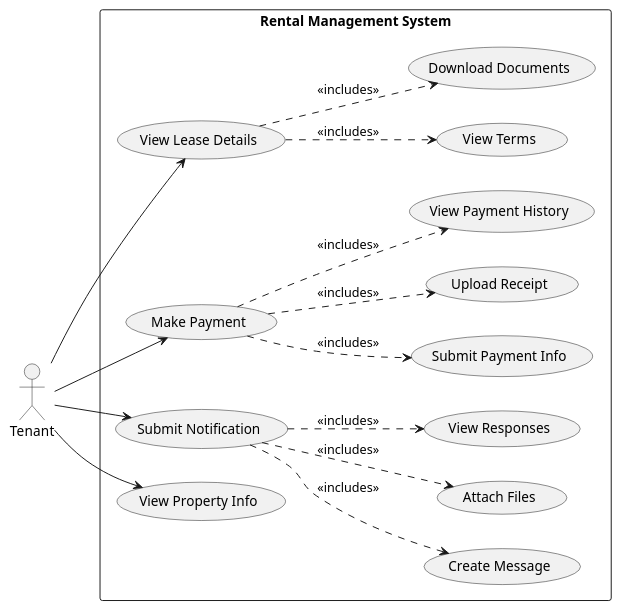
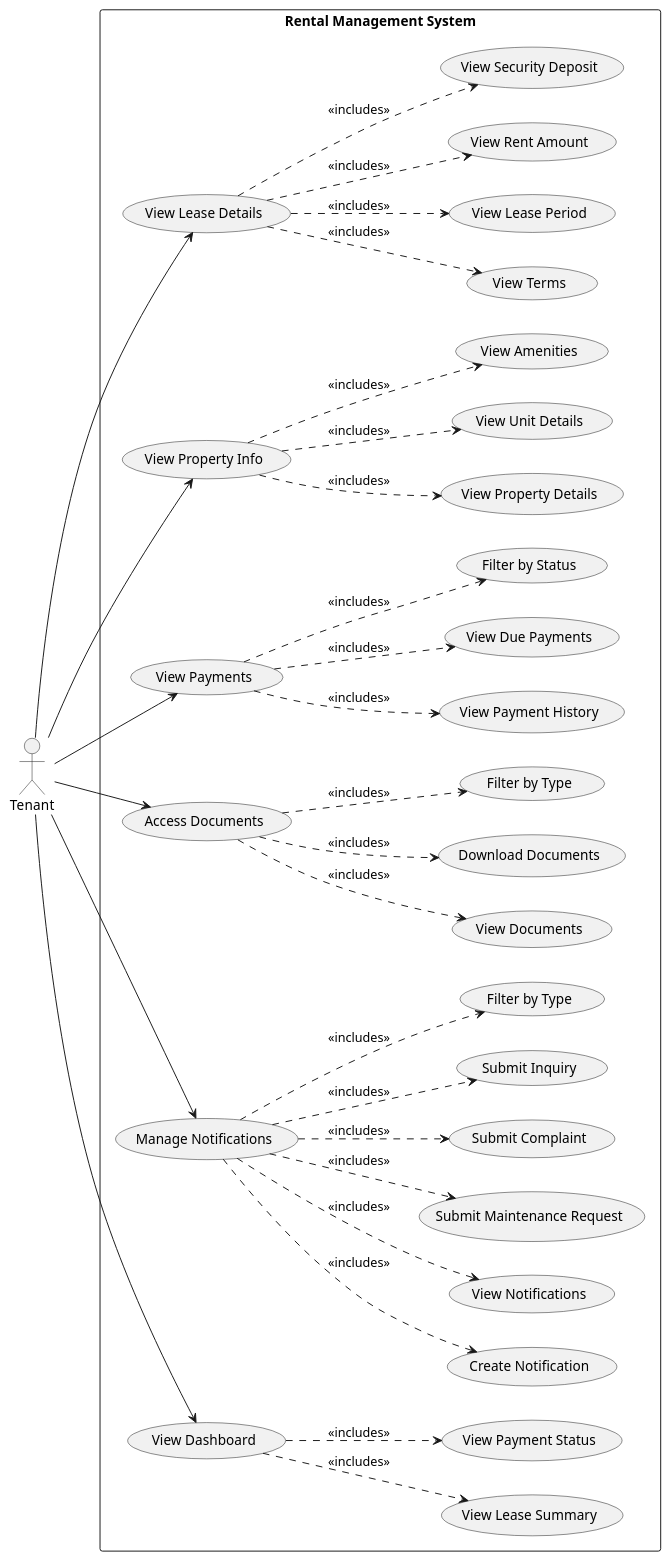
One commit to EliwahidMdee/software_project changed the diagram in diagrams/figure5_tenant_use_cases.puml. Above: the diagram before and after it, drawn with PlantUML. The commit also changed 3 other files, not shown here.

Commit message:
Update SRS diagrams to reflect all implemented frontend pages

```diff
--- a/diagrams/figure5_tenant_use_cases.puml
+++ b/diagrams/figure5_tenant_use_cases.puml
@@ -1,42 +1,77 @@
 @startuml
 ' Figure 5 - Tenant Use Cases
 
 left to right direction
 
 actor "Tenant" as Tenant
 
 rectangle "Rental Management System" {
     usecase "View Lease Details" as UC1
     usecase "View Terms" as UC1a
-    usecase "Download Documents" as UC1b
+    usecase "View Lease Period" as UC1b
+    usecase "View Rent Amount" as UC1c
+    usecase "View Security Deposit" as UC1d
     
-    usecase "Make Payment" as UC2
-    usecase "Submit Payment Info" as UC2a
-    usecase "Upload Receipt" as UC2b
-    usecase "View Payment History" as UC2c
+    usecase "View Property Info" as UC2
+    usecase "View Property Details" as UC2a
+    usecase "View Unit Details" as UC2b
+    usecase "View Amenities" as UC2c
     
-    usecase "Submit Notification" as UC3
-    usecase "Create Message" as UC3a
-    usecase "Attach Files" as UC3b
-    usecase "View Responses" as UC3c
+    usecase "View Payments" as UC3
+    usecase "View Payment History" as UC3a
+    usecase "View Due Payments" as UC3b
+    usecase "Filter by Status" as UC3c
     
-    usecase "View Property Info" as UC4
+    usecase "Access Documents" as UC4
+    usecase "View Documents" as UC4a
+    usecase "Download Documents" as UC4b
+    usecase "Filter by Type" as UC4c
+    
+    usecase "Manage Notifications" as UC5
+    usecase "Create Notification" as UC5a
+    usecase "View Notifications" as UC5b
+    usecase "Submit Maintenance Request" as UC5c
+    usecase "Submit Complaint" as UC5d
+    usecase "Submit Inquiry" as UC5e
+    usecase "Filter by Type" as UC5f
+    
+    usecase "View Dashboard" as UC6
+    usecase "View Lease Summary" as UC6a
+    usecase "View Payment Status" as UC6b
 }
 
 Tenant --> UC1
 Tenant --> UC2
 Tenant --> UC3
 Tenant --> UC4
+Tenant --> UC5
+Tenant --> UC6
 
 UC1 ..> UC1a : <<includes>>
 UC1 ..> UC1b : <<includes>>
+UC1 ..> UC1c : <<includes>>
+UC1 ..> UC1d : <<includes>>
 
 UC2 ..> UC2a : <<includes>>
 UC2 ..> UC2b : <<includes>>
 UC2 ..> UC2c : <<includes>>
 
 UC3 ..> UC3a : <<includes>>
 UC3 ..> UC3b : <<includes>>
 UC3 ..> UC3c : <<includes>>
 
+UC4 ..> UC4a : <<includes>>
+UC4 ..> UC4b : <<includes>>
+UC4 ..> UC4c : <<includes>>
+
+UC5 ..> UC5a : <<includes>>
+UC5 ..> UC5b : <<includes>>
+UC5 ..> UC5c : <<includes>>
+UC5 ..> UC5d : <<includes>>
+UC5 ..> UC5e : <<includes>>
+UC5 ..> UC5f : <<includes>>
+
+UC6 ..> UC6a : <<includes>>
+UC6 ..> UC6b : <<includes>>
+
 @enduml
```
